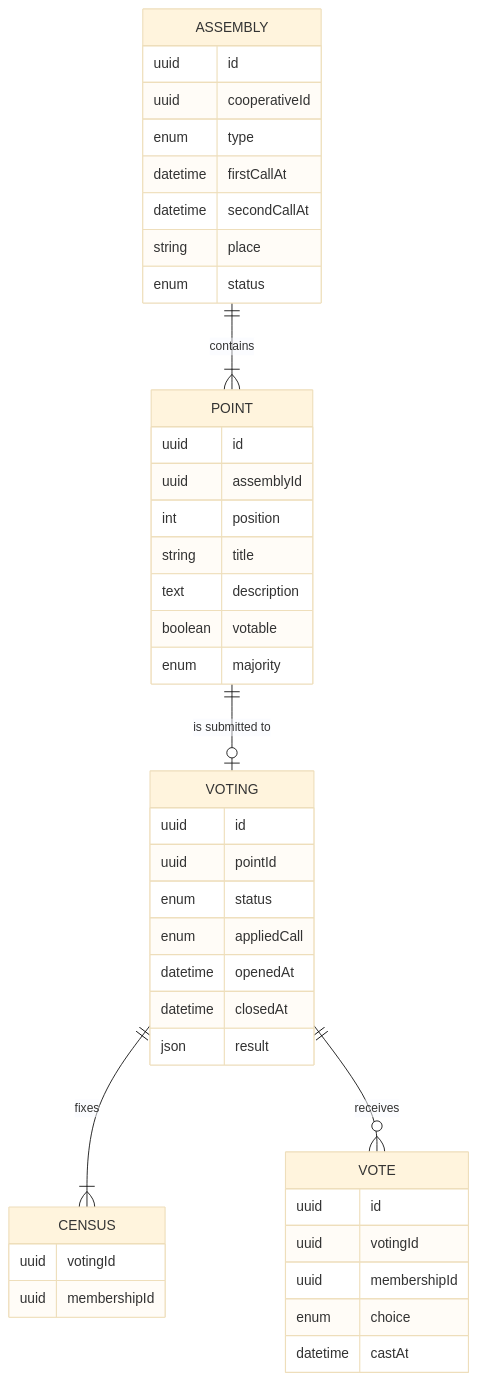
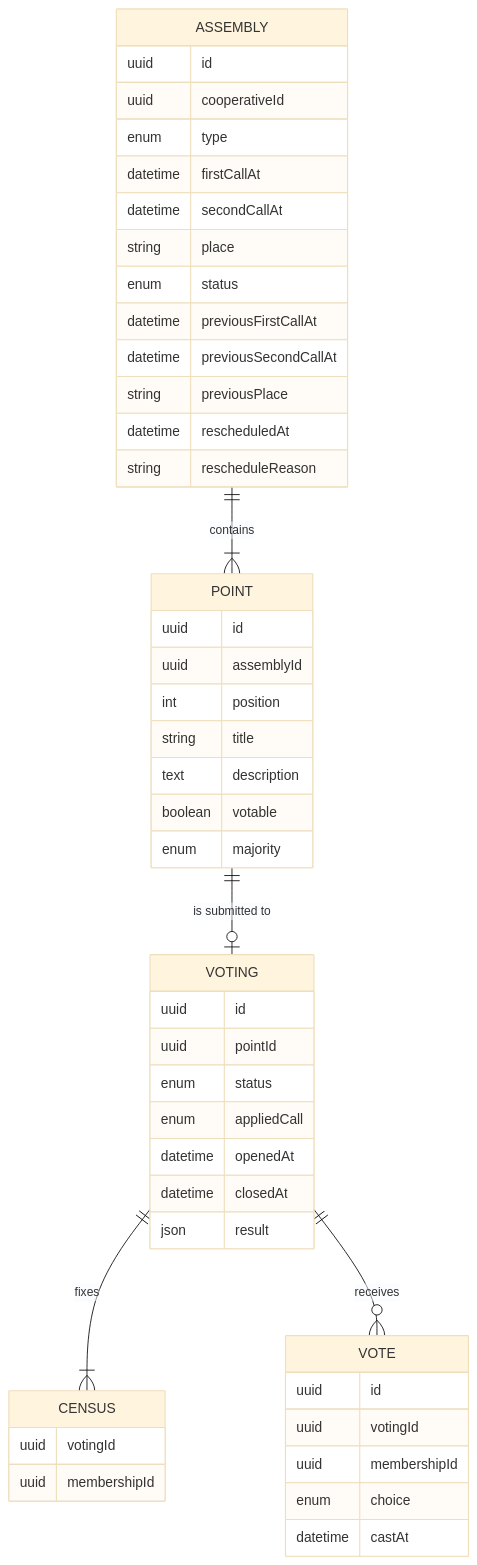
Before and after one commit to chaparro2001/multiCooperativa: the third of 3 diagrams in docs/requirements/04-assemblies.md, drawn with Mermaid (base theme). The commit also changed other lines of this file and 12 other files, not shown here.

````diff
--- a/docs/requirements/04-assemblies.md
+++ b/docs/requirements/04-assemblies.md
@@ -143,46 +157,51 @@
 ```mermaid
 erDiagram
     ASSEMBLY ||--|{ POINT : contains
     POINT ||--o| VOTING : "is submitted to"
     VOTING ||--|{ CENSUS : fixes
     VOTING ||--o{ VOTE : receives
 
     ASSEMBLY {
         uuid id
         uuid cooperativeId
         enum type
         datetime firstCallAt
         datetime secondCallAt
         string place
         enum status
+        datetime previousFirstCallAt
+        datetime previousSecondCallAt
+        string previousPlace
+        datetime rescheduledAt
+        string rescheduleReason
     }
     POINT {
         uuid id
         uuid assemblyId
         int position
         string title
         text description
         boolean votable
         enum majority
     }
     VOTING {
         uuid id
         uuid pointId
         enum status
         enum appliedCall
         datetime openedAt
         datetime closedAt
         json result
     }
     CENSUS {
         uuid votingId
         uuid membershipId
     }
     VOTE {
         uuid id
         uuid votingId
         uuid membershipId
         enum choice
         datetime castAt
     }
 ```
````
